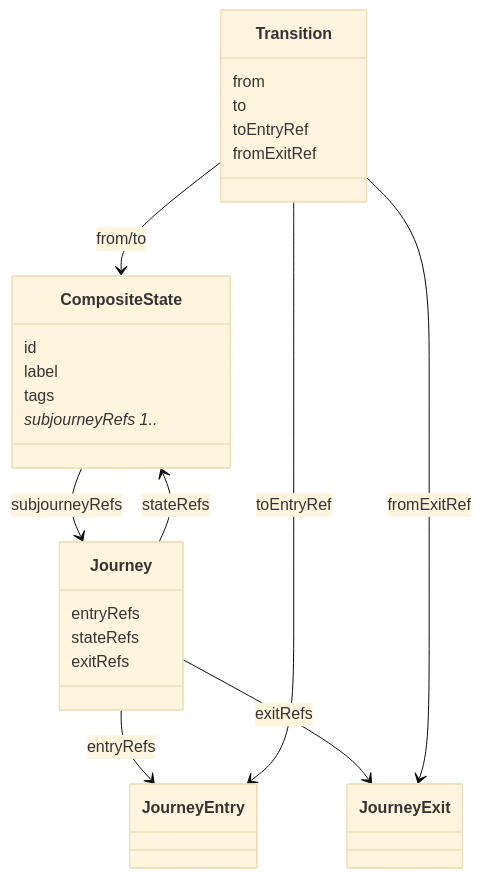
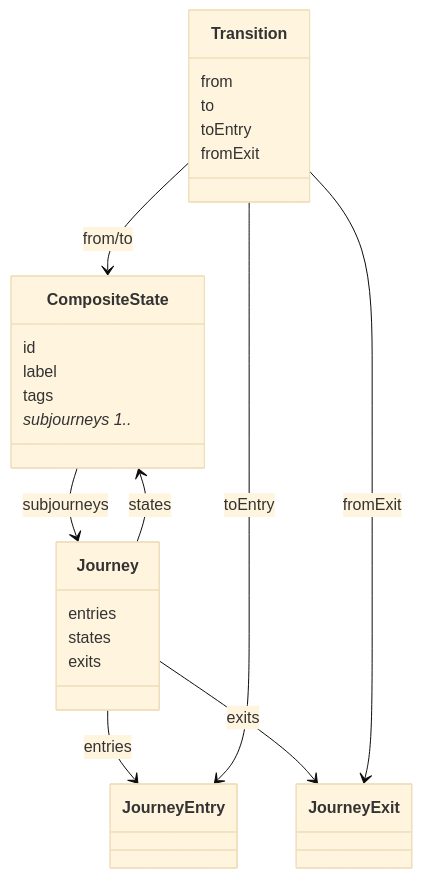
One commit to openuji/spec-ujg changed diagram 15 of 15 in specs/ed/graph/index.md. Above: the diagram before and after it, drawn with Mermaid (base theme). The commit also changed other lines of this file and 370 other files, not shown here.

````diff
--- a/specs/ed/graph/index.md
+++ b/specs/ed/graph/index.md
@@ -1448,30 +1034,30 @@
 ```mermaid
 classDiagram
   class CompositeState {
     id
     label
     tags
-    subjourneyRefs 1..*
+    subjourneys 1..*
   }
   class Journey {
-    entryRefs
-    stateRefs
-    exitRefs
+    entries
+    states
+    exits
   }
   class JourneyEntry
   class JourneyExit
   class Transition {
     from
     to
-    toEntryRef
-    fromExitRef
+    toEntry
+    fromExit
   }
 
-  Journey --> CompositeState : stateRefs
-  CompositeState --> Journey : subjourneyRefs
-  Journey --> JourneyEntry : entryRefs
-  Journey --> JourneyExit : exitRefs
+  Journey --> CompositeState : states
+  CompositeState --> Journey : subjourneys
+  Journey --> JourneyEntry : entries
+  Journey --> JourneyExit : exits
   Transition --> CompositeState : from/to
-  Transition --> JourneyEntry : toEntryRef
-  Transition --> JourneyExit : fromExitRef
+  Transition --> JourneyEntry : toEntry
+  Transition --> JourneyExit : fromExit
 ```
````
